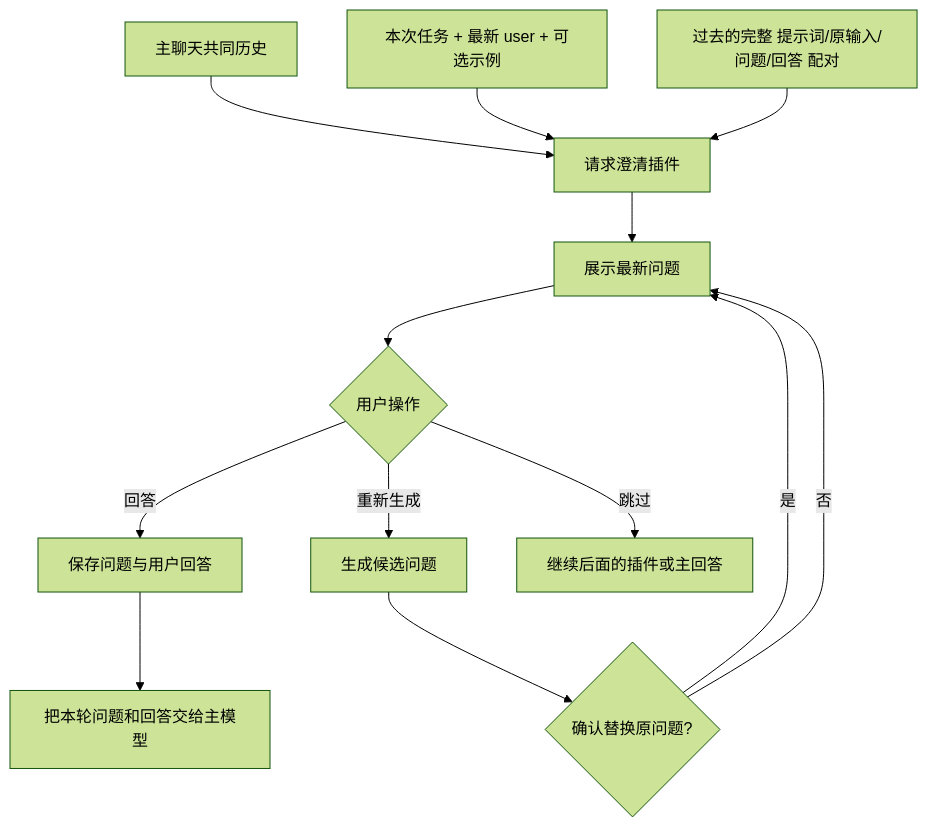
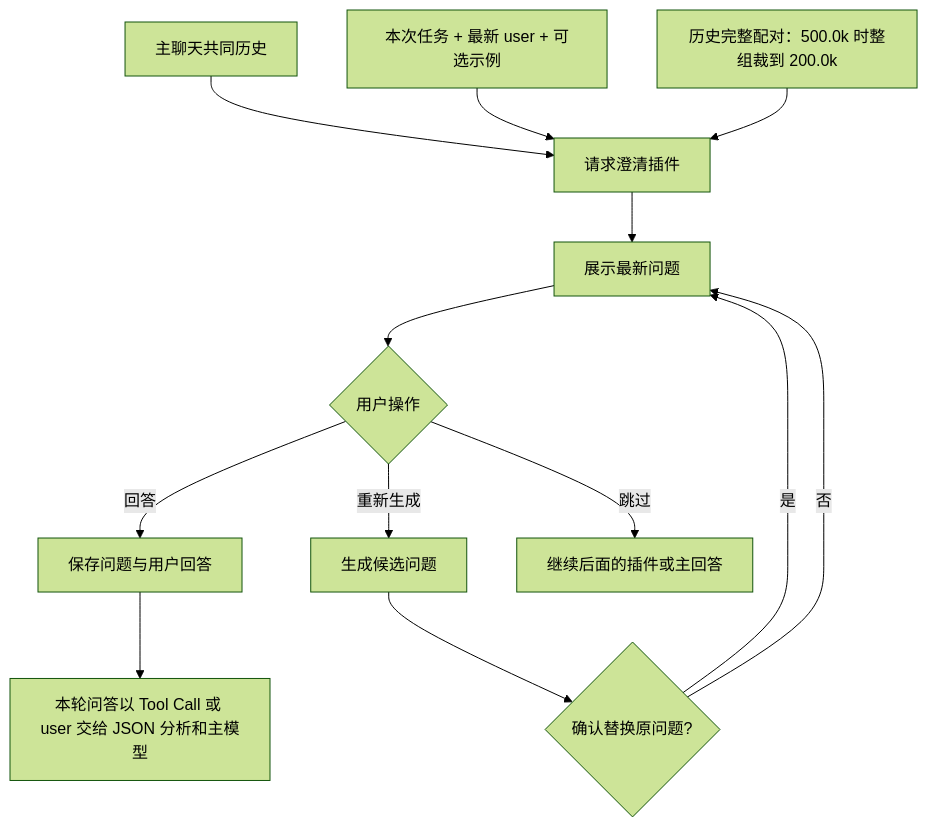
One commit to ccawmiku/workers-chat changed the fourth of 7 diagrams in docs/PLUGINS.md. Above: the diagram before and after it, drawn with Mermaid (forest theme). The commit also changed other lines of this file and 11 other files, not shown here.

````diff
--- a/docs/PLUGINS.md
+++ b/docs/PLUGINS.md
@@ -138,15 +234,15 @@
 ```mermaid
 flowchart TD
     History[主聊天共同历史] --> Ask[请求澄清插件]
     Tail[本次任务 + 最新 user + 可选示例] --> Ask
-    Archive[过去的完整 提示词/原输入/问题/回答 配对] --> Ask
+    Archive[历史完整配对：500.0k 时整组裁到 200.0k] --> Ask
     Ask --> Question[展示最新问题]
     Question --> Choice{用户操作}
     Choice -->|回答| Answer[保存问题与用户回答]
-    Answer --> Inject[把本轮问题和回答交给主模型]
+    Answer --> Inject[本轮问答以 Tool Call 或 user 交给 JSON 分析和主模型]
     Choice -->|重新生成| Candidate[生成候选问题]
     Candidate --> Confirm{确认替换原问题?}
     Confirm -->|是| Question
     Confirm -->|否| Question
     Choice -->|跳过| Next[继续后面的插件或主回答]
 ```
````
